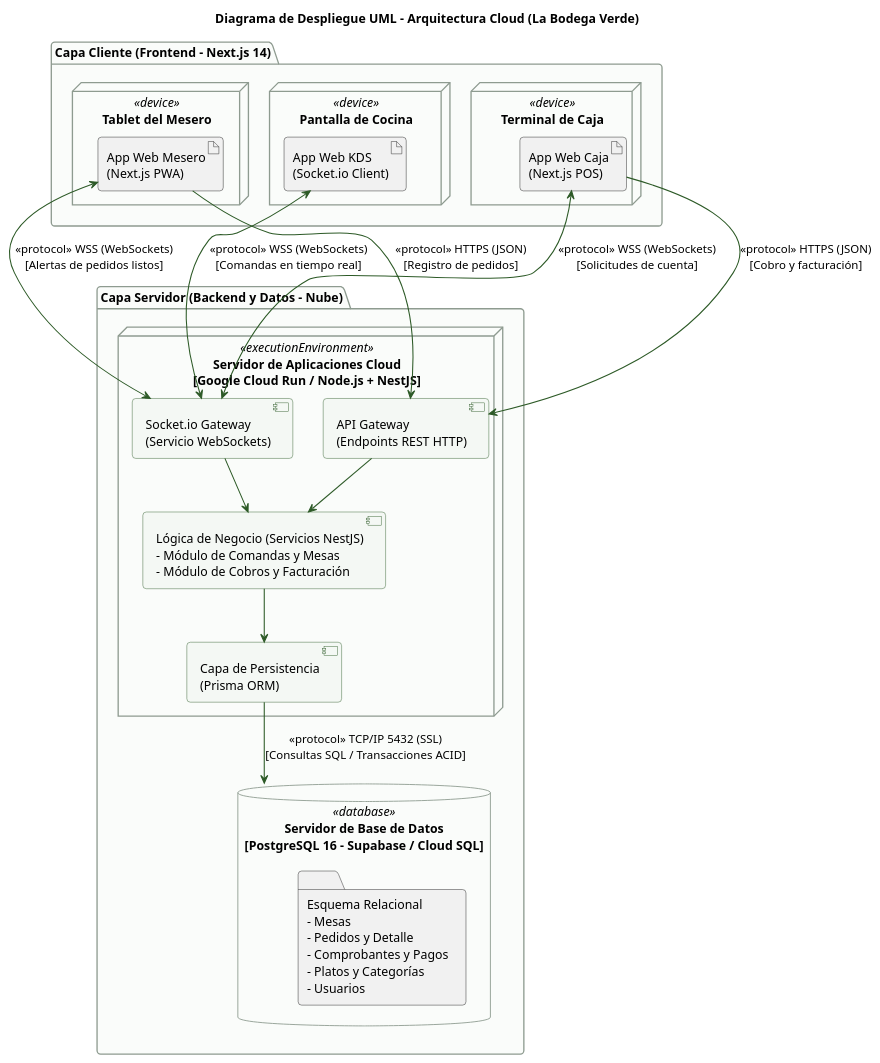
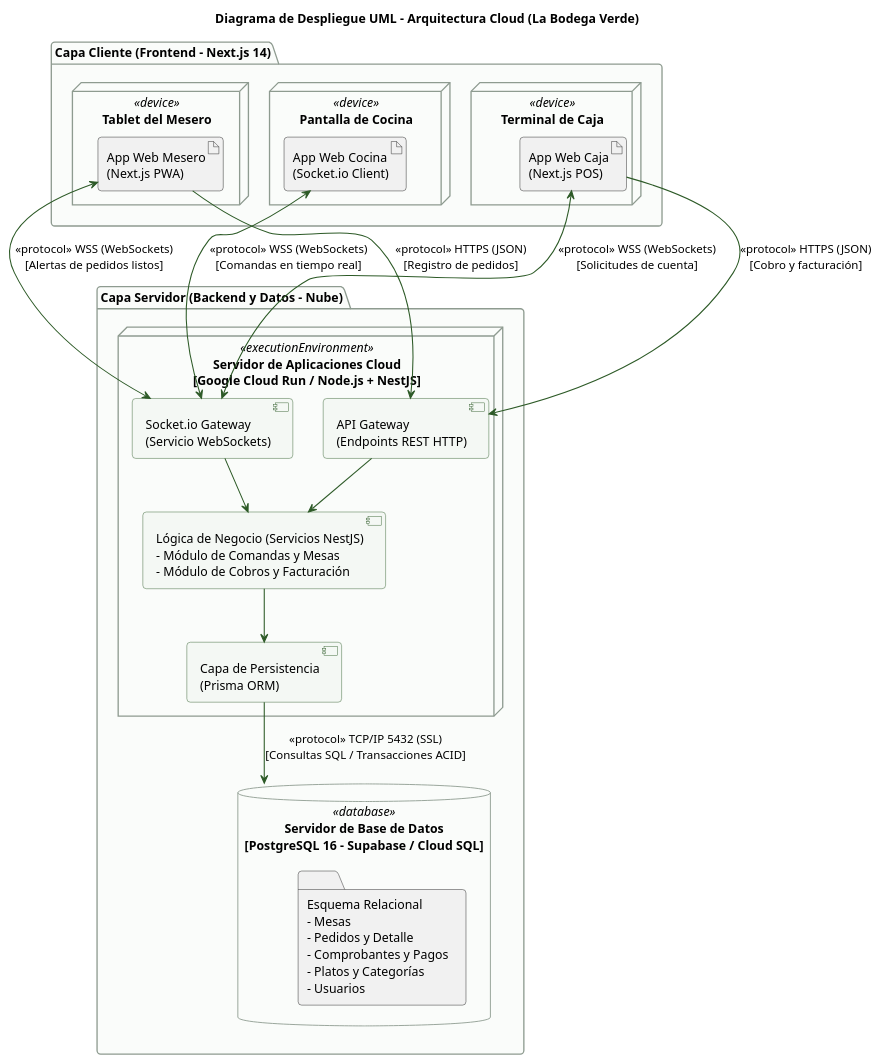
Before and after one commit to MartinJGP/BodegaVerde: the diagram in arquitectura_despliegue_uml.puml, drawn with PlantUML. The commit also changed 20 other files, not shown here.

```diff
--- a/arquitectura_despliegue_uml.puml
+++ b/arquitectura_despliegue_uml.puml
@@ -1,60 +1,60 @@
 @startuml
 skinparam DefaultFontName Arial
 skinparam roundcorner 8
 skinparam nodeBackgroundColor #FFFFFF
 skinparam nodeBorderColor #2D5A27
 skinparam nodeBorderThickness 1.5
 skinparam componentBackgroundColor #F4F8F4
 skinparam componentBorderColor #2D5A27
 skinparam databaseBackgroundColor #FBFDFB
 skinparam databaseBorderColor #2D5A27
 skinparam arrowColor #2D5A27
 skinparam arrowThickness 1.2
 skinparam packageBackgroundColor #FAFCFA
 skinparam packageBorderColor #8E9B90
 
 title Diagrama de Despliegue UML - Arquitectura Cloud (La Bodega Verde)
 
 package "Capa Cliente (Frontend - Next.js 14)" {
   node "Tablet del Mesero" <<device>> as Tablet {
     artifact "App Web Mesero\n(Next.js PWA)" as MeseroApp
   }
   
-  node "Pantalla de Cocina" <<device>> as KDS {
-    artifact "App Web KDS\n(Socket.io Client)" as KDSApp
+  node "Pantalla de Cocina" <<device>> as CocinaNode {
+    artifact "App Web Cocina\n(Socket.io Client)" as CocinaApp
   }
   
   node "Terminal de Caja" <<device>> as Caja {
     artifact "App Web Caja\n(Next.js POS)" as CajaApp
   }
 }
 
 package "Capa Servidor (Backend y Datos - Nube)" {
   node "Servidor de Aplicaciones Cloud\n[Google Cloud Run / Node.js + NestJS]" <<executionEnvironment>> as AppServer {
     component "API Gateway\n(Endpoints REST HTTP)" as REST
     component "Socket.io Gateway\n(Servicio WebSockets)" as WS
     component "Lógica de Negocio (Servicios NestJS)\n- Módulo de Comandas y Mesas\n- Módulo de Cobros y Facturación" as Business
     component "Capa de Persistencia\n(Prisma ORM)" as ORM
     
     REST --> Business
     WS --> Business
     Business --> ORM
   }
 
   database "Servidor de Base de Datos\n[PostgreSQL 16 - Supabase / Cloud SQL]" <<database>> as DBNode {
     folder "Esquema Relacional\n- Mesas\n- Pedidos y Detalle\n- Comprobantes y Pagos\n- Platos y Categorías\n- Usuarios" as Tables
   }
 }
 
 ' Conexiones de Red Cliente - Servidor
 MeseroApp --> REST : <<protocol>> HTTPS (JSON)\n[Registro de pedidos]
 MeseroApp <--> WS : <<protocol>> WSS (WebSockets)\n[Alertas de pedidos listos]
 
-KDSApp <--> WS : <<protocol>> WSS (WebSockets)\n[Comandas en tiempo real]
+CocinaApp <--> WS : <<protocol>> WSS (WebSockets)\n[Comandas en tiempo real]
 
 CajaApp --> REST : <<protocol>> HTTPS (JSON)\n[Cobro y facturación]
 CajaApp <--> WS : <<protocol>> WSS (WebSockets)\n[Solicitudes de cuenta]
 
 ORM --> DBNode : <<protocol>> TCP/IP 5432 (SSL)\n[Consultas SQL / Transacciones ACID]
 
 @enduml
```
